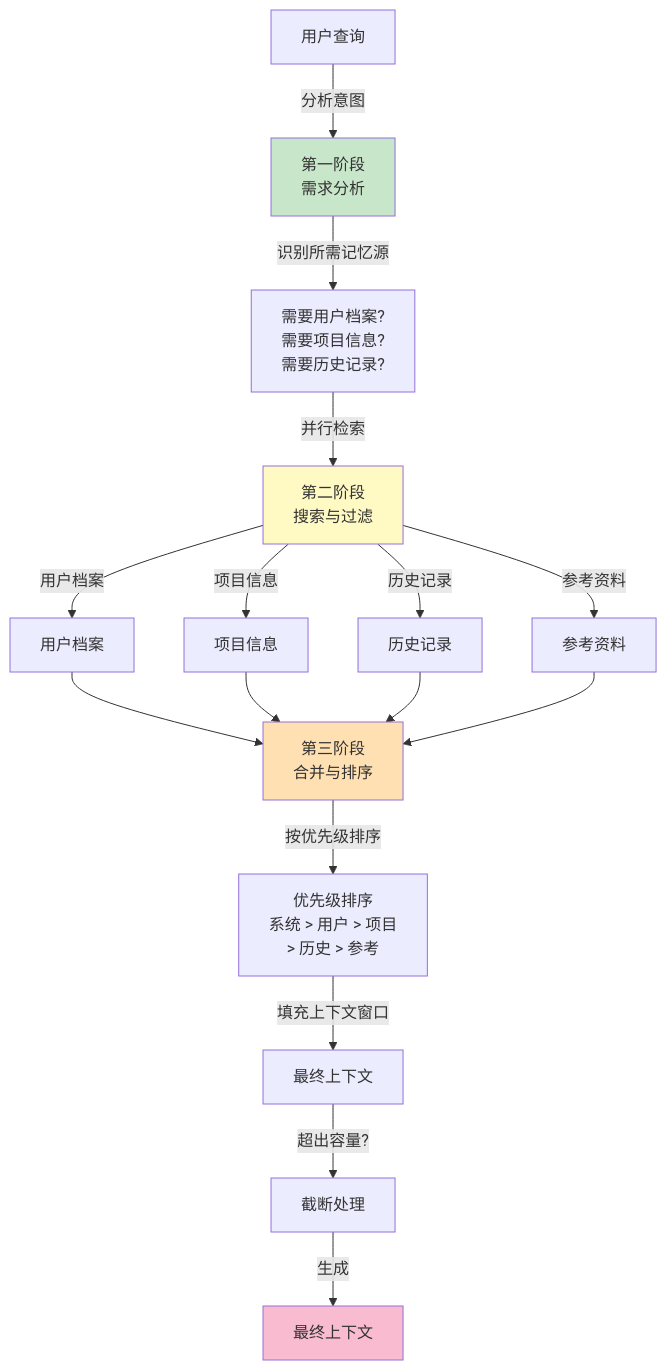
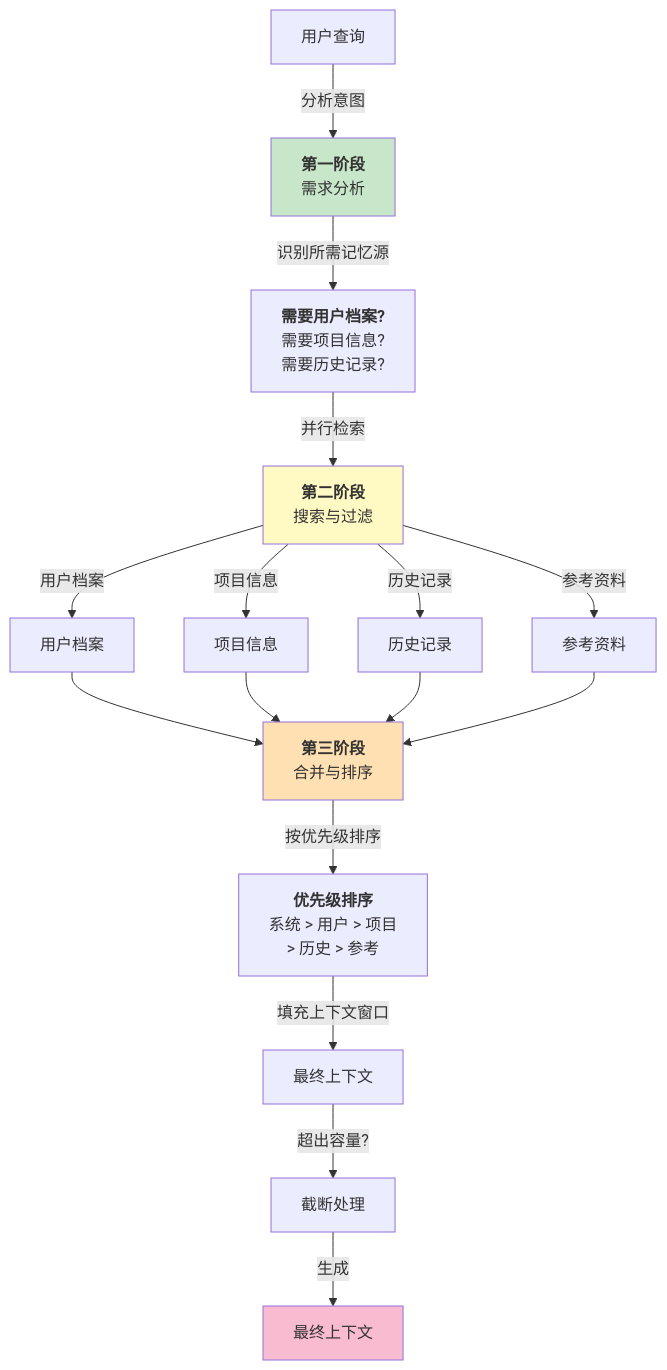
The diagram in 06_memory/6.3_context_assembly.md (yeasy/harness_engineering_guide), drawn with Mermaid before and after one commit. The commit also changed 15 other files, not shown here.

````diff
--- a/06_memory/6.3_context_assembly.md
+++ b/06_memory/6.3_context_assembly.md
@@ -49,26 +49,26 @@
 ```mermaid
 graph TD
-    A["用户查询"] -->|分析意图| B["第一阶段<br/>需求分析"]
-    B -->|识别所需记忆源| C["需要用户档案?<br/>需要项目信息?<br/>需要历史记录?"]
+    A["用户查询"] -->|分析意图| B["<b>第一阶段</b><br/>需求分析"]
+    B -->|识别所需记忆源| C["<b>需要用户档案?</b><br/>需要项目信息?<br/>需要历史记录?"]
 
-    C -->|并行检索| D["第二阶段<br/>搜索与过滤"]
+    C -->|并行检索| D["<b>第二阶段</b><br/>搜索与过滤"]
     D -->|用户档案| E["用户档案"]
     D -->|项目信息| F["项目信息"]
     D -->|历史记录| G["历史记录"]
     D -->|参考资料| H["参考资料"]
 
-    E --> I["第三阶段<br/>合并与排序"]
+    E --> I["<b>第三阶段</b><br/>合并与排序"]
     F --> I
     G --> I
     H --> I
 
-    I -->|按优先级排序| J["优先级排序<br/>系统 > 用户 > 项目<br/>> 历史 > 参考"]
+    I -->|按优先级排序| J["<b>优先级排序</b><br/>系统 > 用户 > 项目<br/>> 历史 > 参考"]
     J -->|填充上下文窗口| K["最终上下文"]
     K -->|超出容量?| L["截断处理"]
     L -->|生成| M["最终上下文"]
 
     style B fill:#c8e6c9
     style D fill:#fff9c4
     style I fill:#ffe0b2
     style M fill:#f8bbd0
 ```
````
